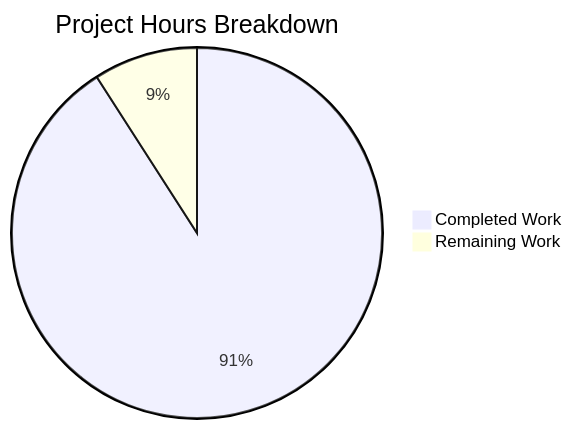
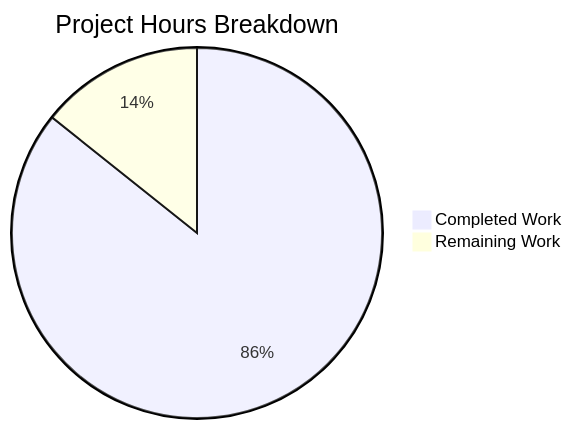
One commit to lakshya-blitzy/Dec_repo_with_valid_mul_files changed the diagram in blitzy/documentation/Project Guide.md. Above: the diagram before and after it, drawn with Mermaid. The commit also changed other lines of this file, not shown here.

Commit message:
Adding Blitzy Project Guide: Project Status and Human Tasks Remaining

````diff
--- a/blitzy/documentation/Project Guide.md
+++ b/blitzy/documentation/Project Guide.md
@@ -101,5 +36,5 @@
 ```mermaid
 pie title Project Hours Breakdown
-    "Completed Work" : 70
-    "Remaining Work" : 7
+    "Completed Work" : 102
+    "Remaining Work" : 17
 ```
````
